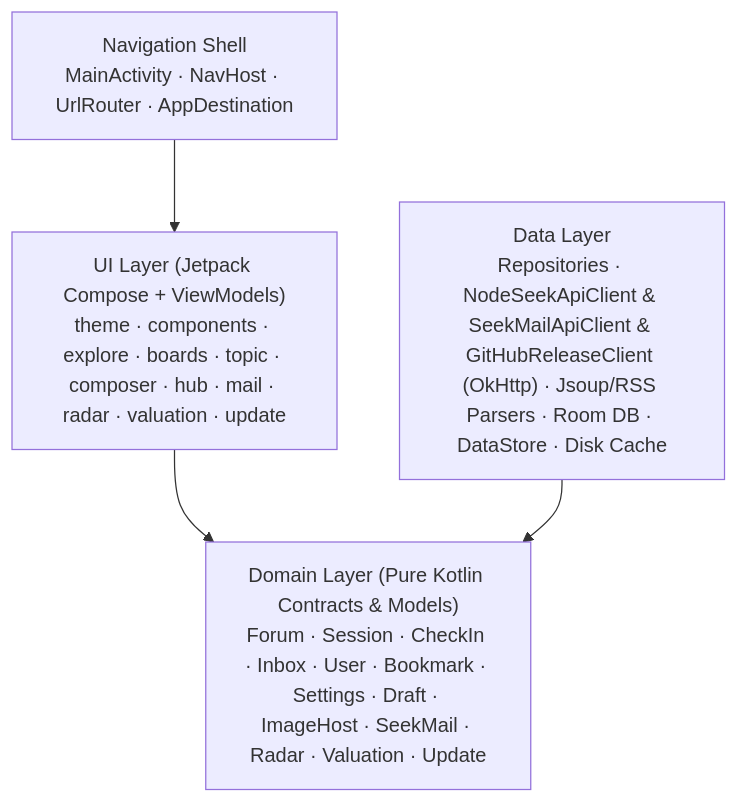
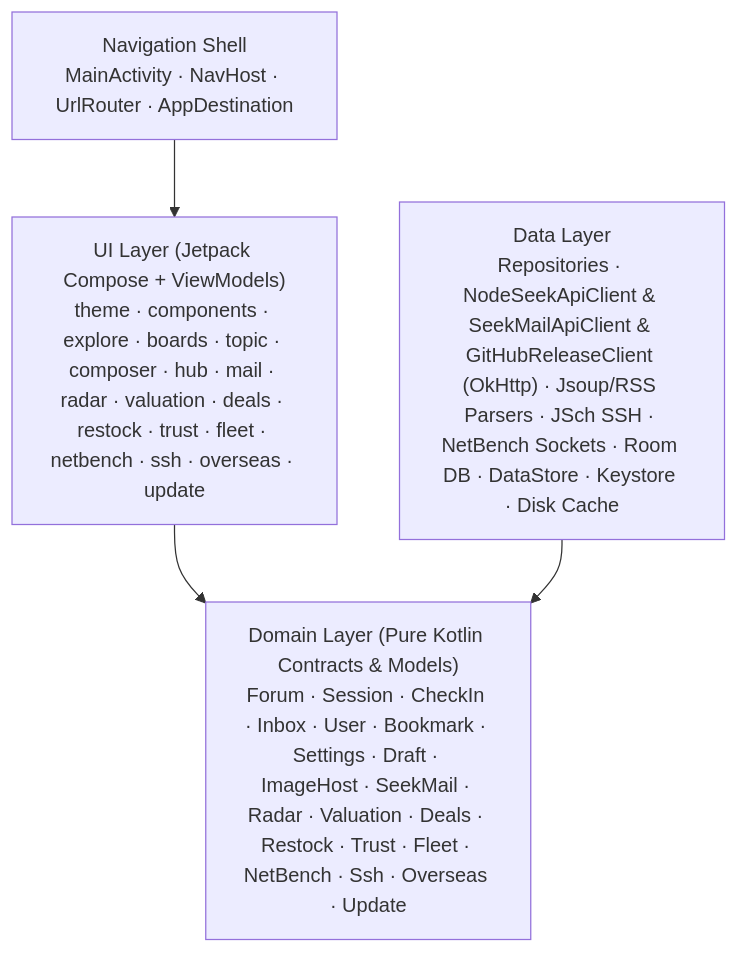
One commit to learningdog1/Anode changed the diagram in README.md. Above: the diagram before and after it, drawn with Mermaid. The commit also changed other lines of this file and 9 other files, not shown here.

````diff
--- a/README.md
+++ b/README.md
@@ -276,11 +340,11 @@
 ```mermaid
 flowchart TD
-    UI["UI Layer (Jetpack Compose + ViewModels)<br/>theme · components · explore · boards · topic · composer · hub · mail · radar · valuation · update"]
+    UI["UI Layer (Jetpack Compose + ViewModels)<br/>theme · components · explore · boards · topic · composer · hub · mail · radar · valuation · deals · restock · trust · fleet · netbench · ssh · overseas · update"]
     NAV["Navigation Shell<br/>MainActivity · NavHost · UrlRouter · AppDestination"]
-    DOMAIN["Domain Layer (Pure Kotlin Contracts & Models)<br/>Forum · Session · CheckIn · Inbox · User · Bookmark · Settings · Draft · ImageHost · SeekMail · Radar · Valuation · Update"]
-    DATA["Data Layer<br/>Repositories · NodeSeekApiClient & SeekMailApiClient & GitHubReleaseClient (OkHttp) · Jsoup/RSS Parsers · Room DB · DataStore · Disk Cache"]
+    DOMAIN["Domain Layer (Pure Kotlin Contracts & Models)<br/>Forum · Session · CheckIn · Inbox · User · Bookmark · Settings · Draft · ImageHost · SeekMail · Radar · Valuation · Deals · Restock · Trust · Fleet · NetBench · Ssh · Overseas · Update"]
+    DATA["Data Layer<br/>Repositories · NodeSeekApiClient & SeekMailApiClient & GitHubReleaseClient (OkHttp) · Jsoup/RSS Parsers · JSch SSH · NetBench Sockets · Room DB · DataStore · Keystore · Disk Cache"]
 
     NAV --> UI
     UI --> DOMAIN
     DATA --> DOMAIN
 ```
````
